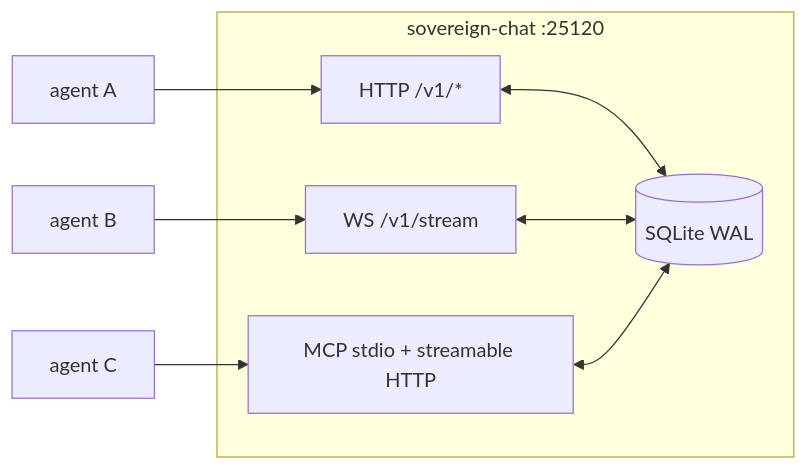
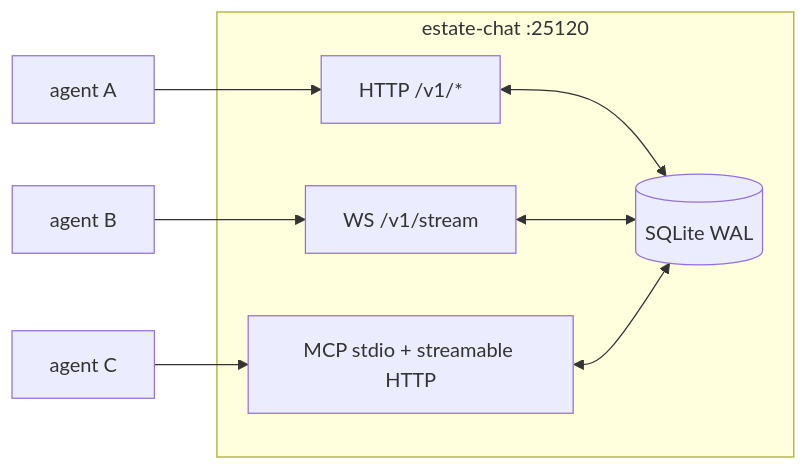
One commit to toxicwind/estate changed the diagram in tools/sovereign-chat/README.md. Above: the diagram before and after it, drawn with Mermaid. The commit also changed other lines of this file and 1 other file, not shown here.

Commit message:
tools: replace remaining sovereign keyword refs with estate

````diff
--- a/tools/sovereign-chat/README.md
+++ b/tools/sovereign-chat/README.md
@@ -23,13 +23,13 @@
 ```mermaid
 flowchart LR
-    subgraph plane[sovereign-chat :25120]
+    subgraph plane[estate-chat :25120]
         http[HTTP /v1/*]
         ws[WS /v1/stream]
         mcp[MCP stdio + streamable HTTP]
         db[(SQLite WAL)]
     end
     a1[agent A] --> http
     a2[agent B] --> ws
     a3[agent C] --> mcp
     http & ws & mcp <--> db
 ```
````
